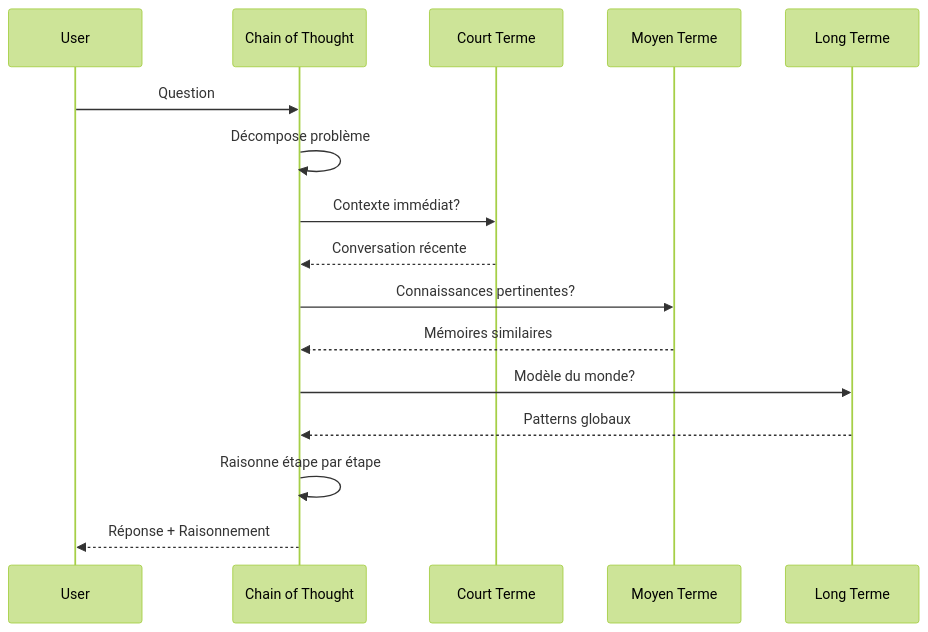
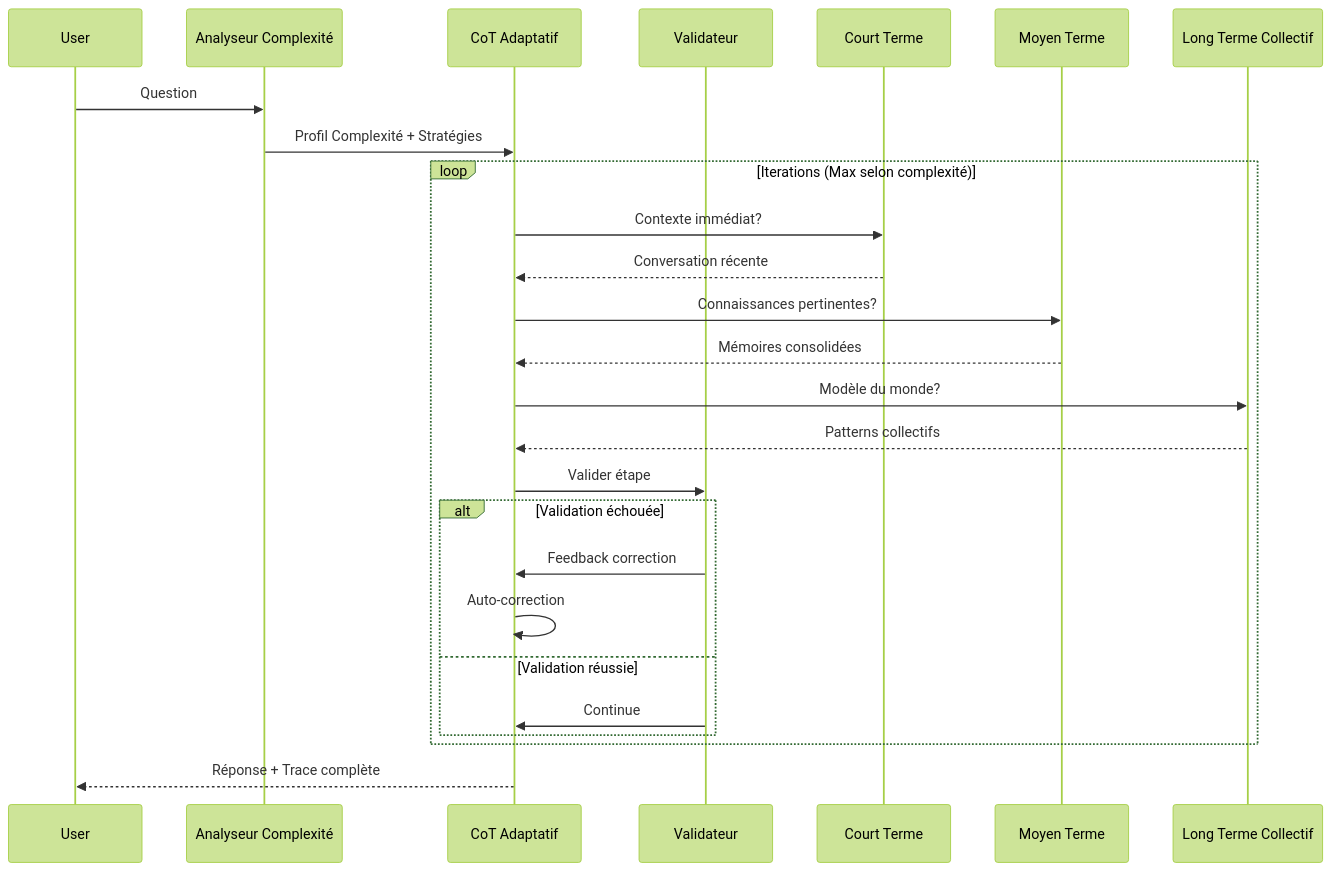
One commit to iapourtous/UXMPC changed the seventh of 22 diagrams in article_collective_agi.md. Above: the diagram before and after it, drawn with Mermaid (forest theme). The commit also changed other lines of this file, not shown here.

````diff
--- a/article_collective_agi.md
+++ b/article_collective_agi.md
@@ -141,19 +239,35 @@
 ```mermaid
 sequenceDiagram
     participant User
-    participant CoT as Chain of Thought
+    participant Analyzer as Analyseur Complexité
+    participant CoT as CoT Adaptatif
+    participant Val as Validateur
     participant CT as Court Terme
     participant MT as Moyen Terme
-    participant LT as Long Terme
+    participant LT as Long Terme Collectif
     
-    User->>CoT: Question
-    CoT->>CoT: Décompose problème
-    CoT->>CT: Contexte immédiat?
-    CT-->>CoT: Conversation récente
-    CoT->>MT: Connaissances pertinentes?
-    MT-->>CoT: Mémoires similaires
-    CoT->>LT: Modèle du monde?
-    LT-->>CoT: Patterns globaux
-    CoT->>CoT: Raisonne étape par étape
-    CoT-->>User: Réponse + Raisonnement
+    User->>Analyzer: Question
+    Analyzer->>CoT: Profil Complexité + Stratégies
+    
+    loop Iterations (Max selon complexité)
+        CoT->>CT: Contexte immédiat?
+        CT-->>CoT: Conversation récente
+        
+        CoT->>MT: Connaissances pertinentes?
+        MT-->>CoT: Mémoires consolidées
+        
+        CoT->>LT: Modèle du monde?
+        LT-->>CoT: Patterns collectifs
+        
+        CoT->>Val: Valider étape
+        
+        alt Validation échouée
+            Val->>CoT: Feedback correction
+            CoT->>CoT: Auto-correction
+        else Validation réussie
+            Val->>CoT: Continue
+        end
+    end
+    
+    CoT-->>User: Réponse + Trace complète
 ```
````
